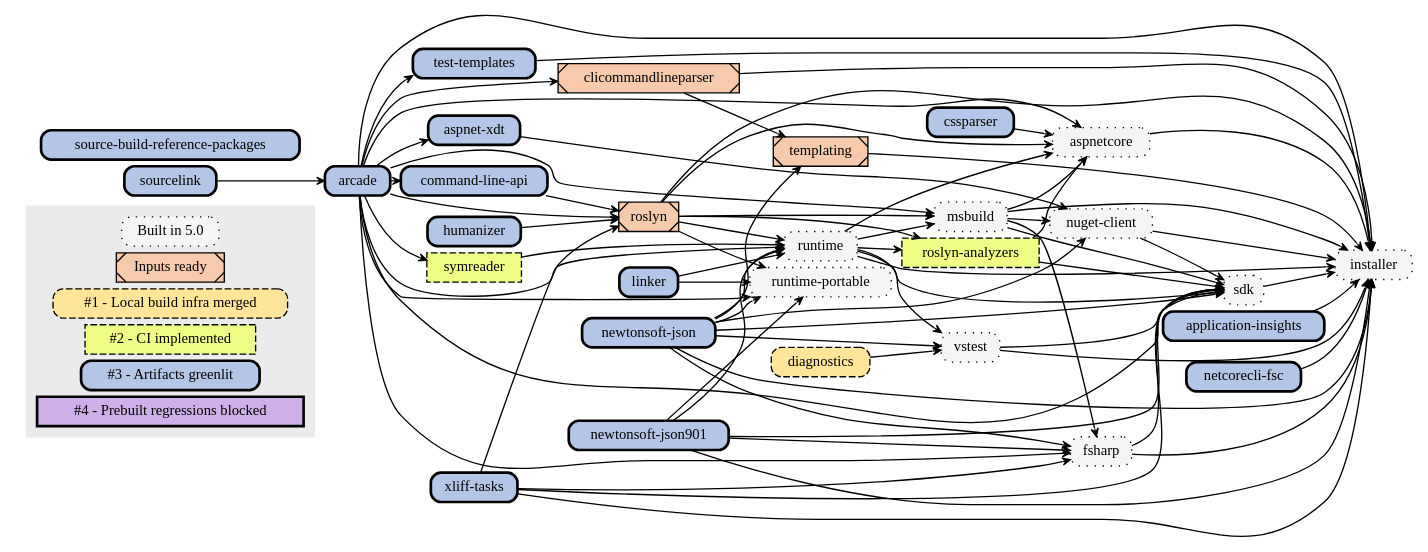
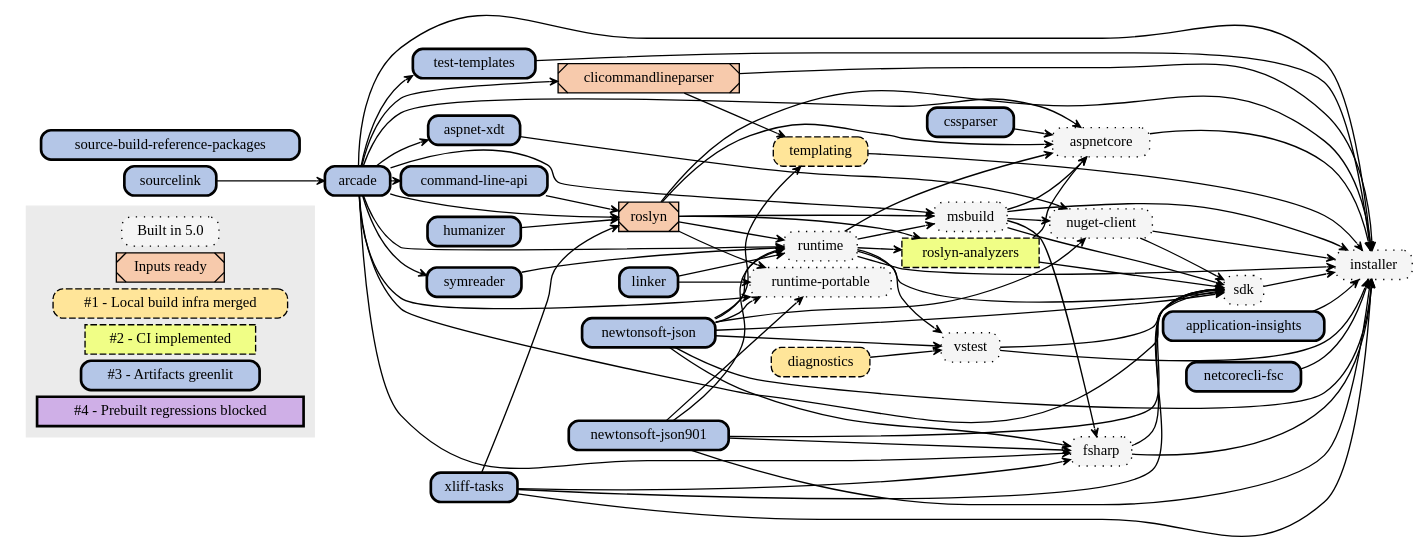
One commit to dotnet/source-build changed the diagram in Documentation/planning/arcade-powered-source-build/img/implementation-plan-graph.dot. Above: the diagram before and after it, drawn with Graphviz.

Commit message:
Update Implementation-plan visual

```diff
--- a/Documentation/planning/arcade-powered-source-build/img/implementation-plan-graph.dot
+++ b/Documentation/planning/arcade-powered-source-build/img/implementation-plan-graph.dot
@@ -1,147 +1,148 @@
 // dot.exe implementation-plan-graph.dot -Tsvg -o implementation-plan-graph.svg
 
 digraph {
 node[
   shape=rect
   width=0 height=0 margin=0.07
   style=filled
   fontsize=11]
 edge[
   penwidth=1
   arrowsize=0.6
   arrowhead=vee
   pencolor="#444444"]
 rankdir=LR
 nodesep=0.07
 ranksep=0.08
 
 node [fillcolor="#F5F5F5",style="dotted,filled,rounded",tooltip="Built"]
 "pre0"[label="Built in 5.0"]
 "aspnetcore"
 "fsharp"
 "installer"
 "msbuild"
 "nuget-client"
 "runtime-portable"
 "runtime"
 "sdk"
 "vstest"
 
 node [fillcolor="#F7CAAC",style="filled,diagonals",tooltip="Inputs ready"]
 "pre1"[label="Inputs ready"]
 "roslyn"
 "clicommandlineparser"
-"templating"
+
 
 node [fillcolor="#FFE599",style="dashed,filled,rounded",tooltip="1"]
 "s1"[label="#1 - Local build infra merged"]
 "diagnostics"
+"templating"
 
 node [fillcolor="#F0FE86",style="dashed,filled",tooltip="2"]
 "s2"[label="#2 - CI implemented"]
 "roslyn-analyzers"
-"symreader"
 
 node [fillcolor="#B4C6E7",style="bold,filled,rounded",tooltip="3"]
 "s3"[label="#3 - Artifacts greenlit"]
 "application-insights"
 "arcade"
 "aspnet-xdt"
 "command-line-api"
 "cssparser"
 "humanizer"
 "linker"
 "netcorecli-fsc"
 "newtonsoft-json"
 "newtonsoft-json901"
 "source-build-reference-packages"
 "sourcelink"
+"symreader"
 "test-templates"
 "xliff-tasks"
 
 node [fillcolor="#CFAFE7",style="bold,filled",tooltip="4"]
 "s4"[label="#4 - Prebuilt regressions blocked"]
 
 // Color all future nodes red. All nodes should be accounted for: red means they need a category.
 node [fillcolor="#FF0000",style=filled]
 
 subgraph clusterLegend {
   style=filled
   color="#ebebeb"
   "pre0" "pre1" "s1" "s2" "s3" "s4"
 }
 
 // Remaining text created by generate-graphviz.proj based on repos/*.proj:
 "sourcelink" -> "arcade"
 "arcade" -> "aspnet-xdt"
 "arcade" -> "aspnetcore"
 "cssparser" -> "aspnetcore"
 "runtime" -> "aspnetcore"
 "msbuild" -> "aspnetcore"
 "roslyn" -> "aspnetcore"
 "roslyn-analyzers" -> "aspnetcore"
 "arcade" -> "clicommandlineparser"
 "arcade" -> "command-line-api"
 "arcade" -> "fsharp"
 "msbuild" -> "fsharp"
 "newtonsoft-json901" -> "fsharp"
 "newtonsoft-json" -> "fsharp"
 "xliff-tasks" -> "fsharp"
 "application-insights" -> "installer"
 "arcade" -> "installer"
 "aspnetcore" -> "installer"
 "clicommandlineparser" -> "installer"
 "fsharp" -> "installer"
 "msbuild" -> "installer"
 "netcorecli-fsc" -> "installer"
 "newtonsoft-json" -> "installer"
 "newtonsoft-json901" -> "installer"
 "nuget-client" -> "installer"
 "roslyn" -> "installer"
 "runtime" -> "installer"
 "sdk" -> "installer"
 "templating" -> "installer"
 "test-templates" -> "installer"
 "vstest" -> "installer"
 "xliff-tasks" -> "installer"
 "arcade" -> "msbuild"
 "runtime" -> "msbuild"
 "roslyn" -> "msbuild"
 "newtonsoft-json" -> "nuget-client"
 "msbuild" -> "nuget-client"
 "aspnet-xdt" -> "nuget-client"
 "runtime" -> "roslyn-analyzers"
 "roslyn" -> "roslyn-analyzers"
 "arcade" -> "roslyn"
 "command-line-api" -> "roslyn"
 "humanizer" -> "roslyn"
 "xliff-tasks" -> "roslyn"
 "arcade" -> "runtime-portable"
 "linker" -> "runtime-portable"
 "newtonsoft-json" -> "runtime-portable"
 "newtonsoft-json901" -> "runtime-portable"
 "roslyn" -> "runtime-portable"
 "arcade" -> "runtime"
 "symreader" -> "runtime"
 "linker" -> "runtime"
 "newtonsoft-json" -> "runtime"
 "newtonsoft-json901" -> "runtime"
 "roslyn" -> "runtime"
 "arcade" -> "sdk"
 "xliff-tasks" -> "sdk"
 "runtime" -> "sdk"
 "msbuild" -> "sdk"
 "newtonsoft-json" -> "sdk"
 "newtonsoft-json901" -> "sdk"
 "nuget-client" -> "sdk"
 "roslyn-analyzers" -> "sdk"
 "vstest" -> "sdk"
 "fsharp" -> "sdk"
 "arcade" -> "symreader"
 "clicommandlineparser" -> "templating"
 "newtonsoft-json" -> "templating"
 "arcade" -> "test-templates"
 "diagnostics" -> "vstest"
 "runtime" -> "vstest"
 "newtonsoft-json" -> "vstest"
 }
```
